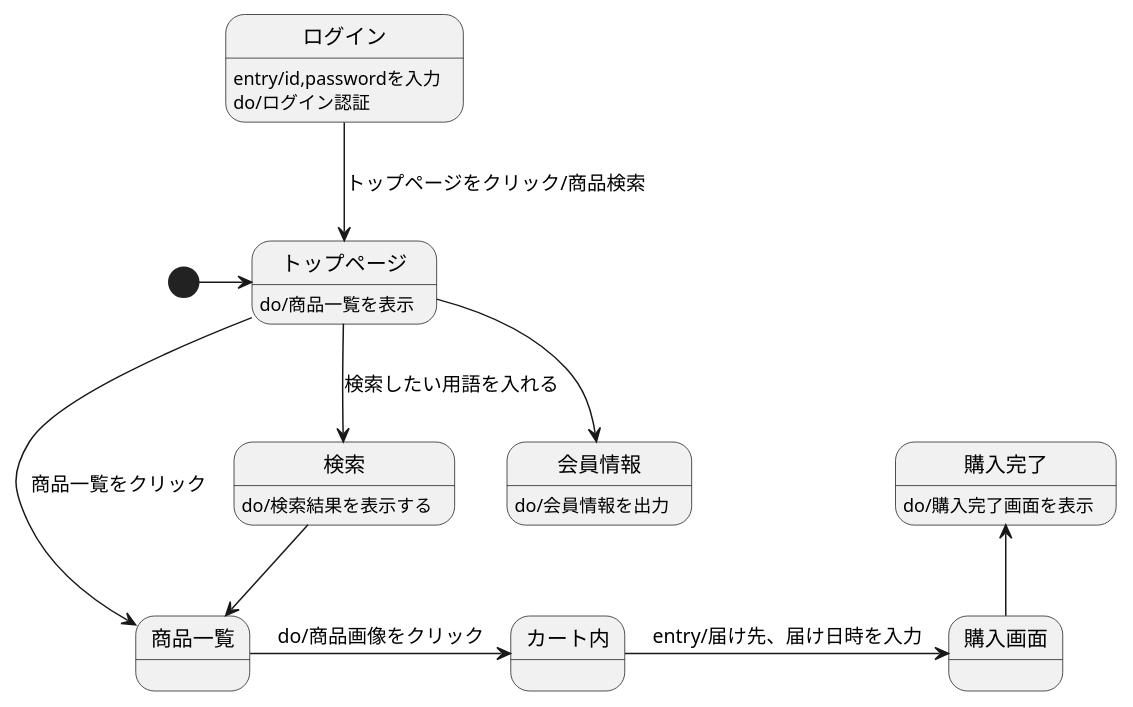
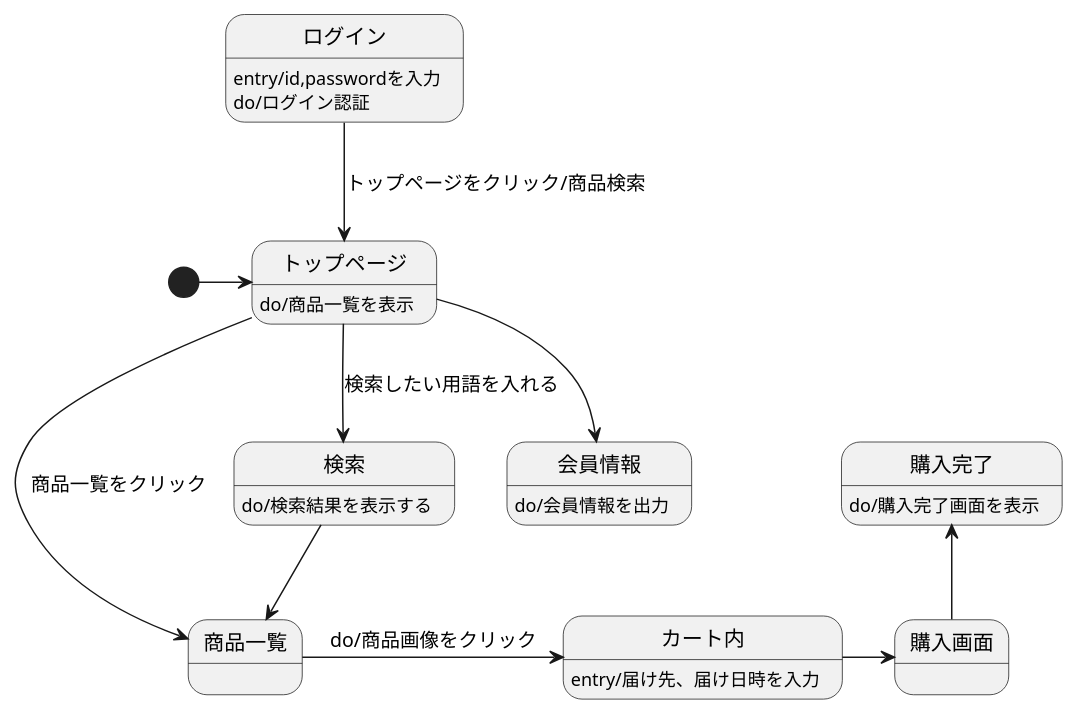
The diagram in 画面遷移図(original).md (Aso2001224/2021sys-design), drawn with PlantUML before and after one commit.

````diff
--- a/画面遷移図(original).md
+++ b/画面遷移図(original).md
@@ -1,19 +1,20 @@
 ```uml
 @startuml
 [*]->トップページ
 トップページ:do/商品一覧を表示
 ログイン-->トップページ:トップページをクリック/商品検索
 ログイン:entry/id,passwordを入力
 ログイン:do/ログイン認証
 トップページ-->会員情報
 会員情報:do/会員情報を出力
 トップページ-->検索 :検索したい用語を入れる
 検索:do/検索結果を表示する
 トップページ-->商品一覧 :商品一覧をクリック
 検索-->商品一覧
 商品一覧-right->カート内: do/商品画像をクリック
-カート内-right-> 購入画面:entry/届け先、届け日時を入力
+カート内-right-> 購入画面
+カート内:entry/届け先、届け日時を入力
 購入画面-up->購入完了
 購入完了:do/購入完了画面を表示
 @enduml
 ```
````
